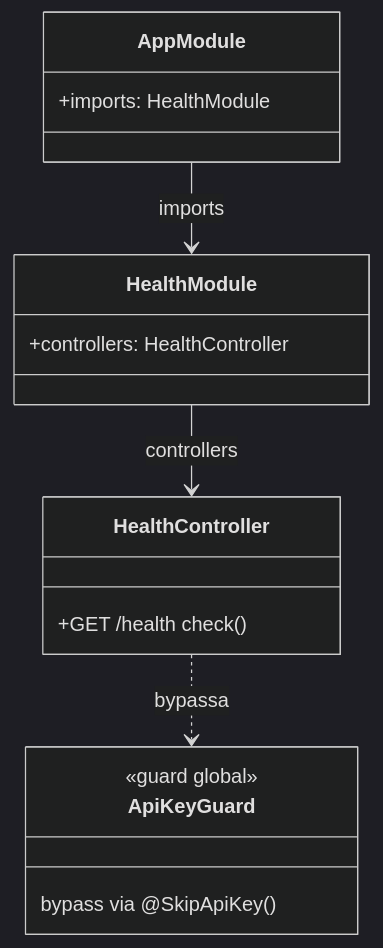
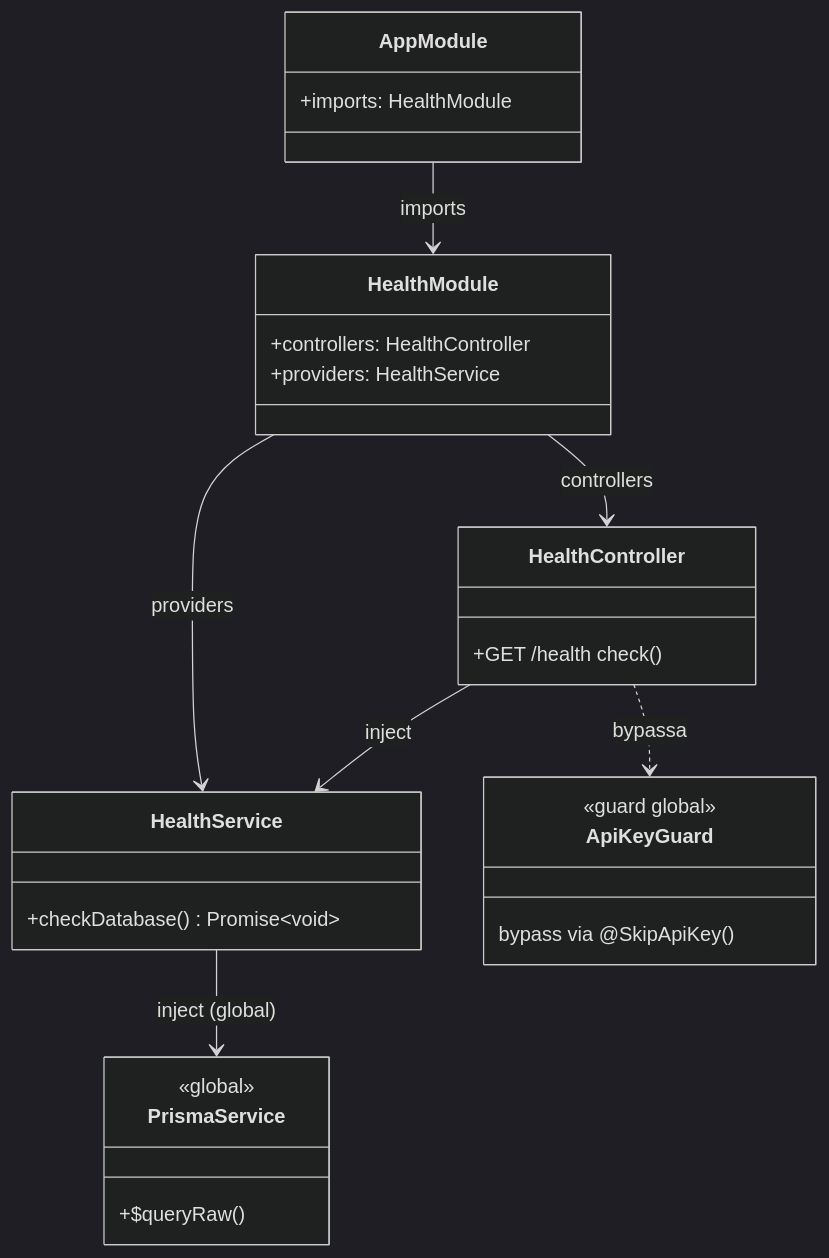
The first of 3 diagrams in docs/implementation/health.md (adaptwebtech/monitor-deploy), drawn with Mermaid (dark theme) before and after one commit. The commit also changed other lines of this file and 40 other files, not shown here.

````diff
--- a/docs/implementation/health.md
+++ b/docs/implementation/health.md
@@ -90,20 +96,31 @@
 ```mermaid
 classDiagram
     class AppModule {
         +imports: HealthModule
     }
     class HealthModule {
         +controllers: HealthController
+        +providers: HealthService
     }
     class HealthController {
         +GET /health check()
+    }
+    class HealthService {
+        +checkDatabase() Promise~void~
+    }
+    class PrismaService {
+        <<global>>
+        +$queryRaw()
     }
     class ApiKeyGuard {
         <<guard global>>
         bypass via @SkipApiKey()
     }
 
     AppModule --> HealthModule : imports
     HealthModule --> HealthController : controllers
+    HealthModule --> HealthService : providers
+    HealthController --> HealthService : inject
+    HealthService --> PrismaService : inject (global)
     HealthController ..> ApiKeyGuard : bypassa
 ```
````
